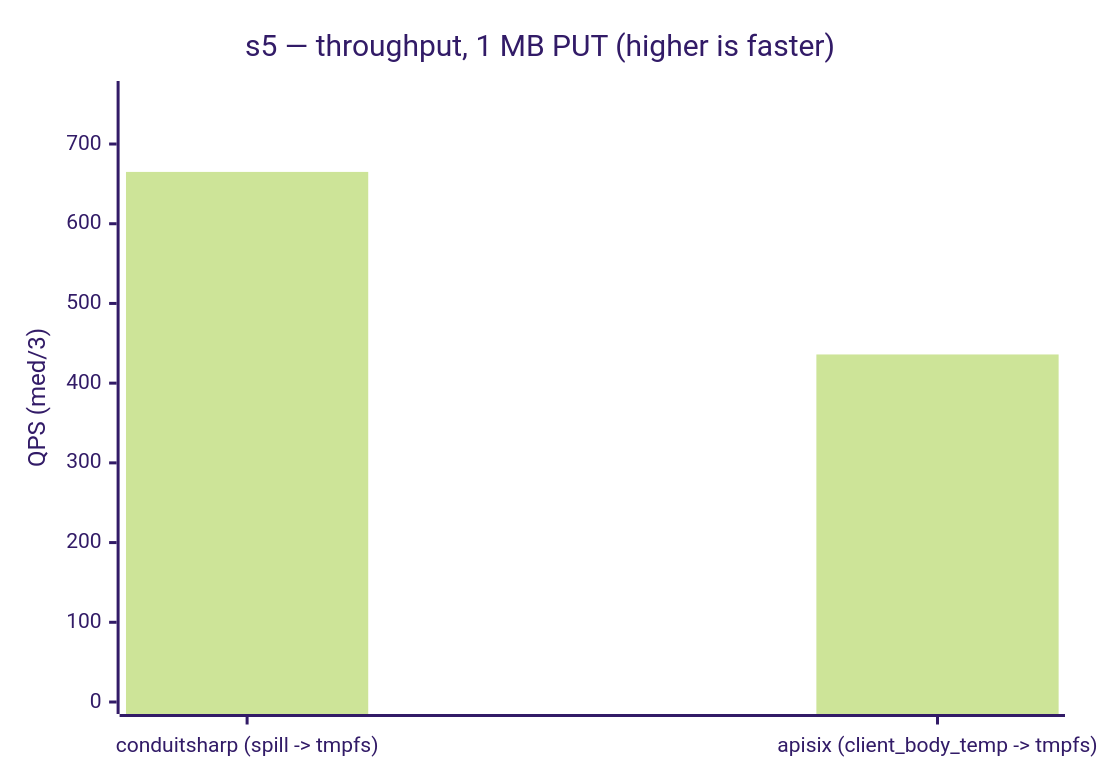
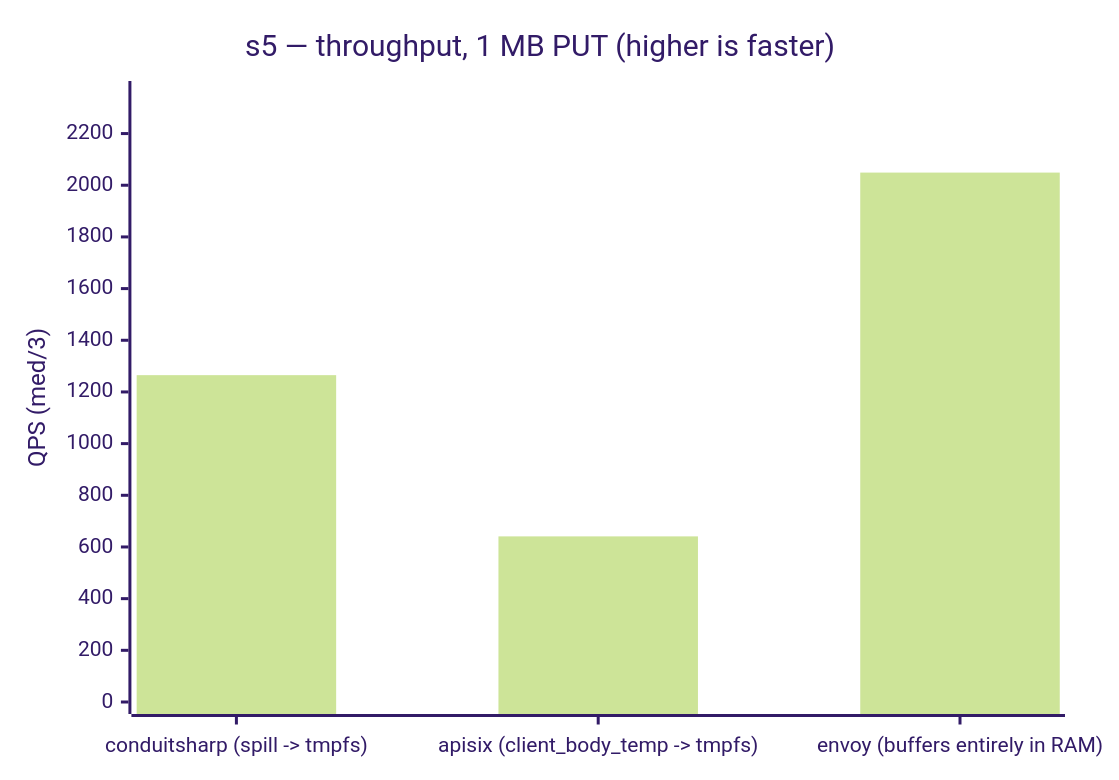
One commit to liqngliz/ConduitSharp changed the second of 2 diagrams in benchmarks/load/README.md. Above: the diagram before and after it, drawn with Mermaid (forest theme). The commit also changed other lines of this file and 1 other file, not shown here.

````diff
--- a/benchmarks/load/README.md
+++ b/benchmarks/load/README.md
@@ -132,7 +135,7 @@
 ```mermaid
 xychart-beta
     title "s5 — throughput, 1 MB PUT (higher is faster)"
-    x-axis ["conduitsharp (spill -> tmpfs)", "apisix (client_body_temp -> tmpfs)"]
-    y-axis "QPS (med/3)" 0 --> 764
-    bar [665, 436]
+    x-axis ["conduitsharp (spill -> tmpfs)", "apisix (client_body_temp -> tmpfs)", "envoy (buffers entirely in RAM)"]
+    y-axis "QPS (med/3)" 0 --> 2357
+    bar [1265, 641, 2049]
 ```
````
